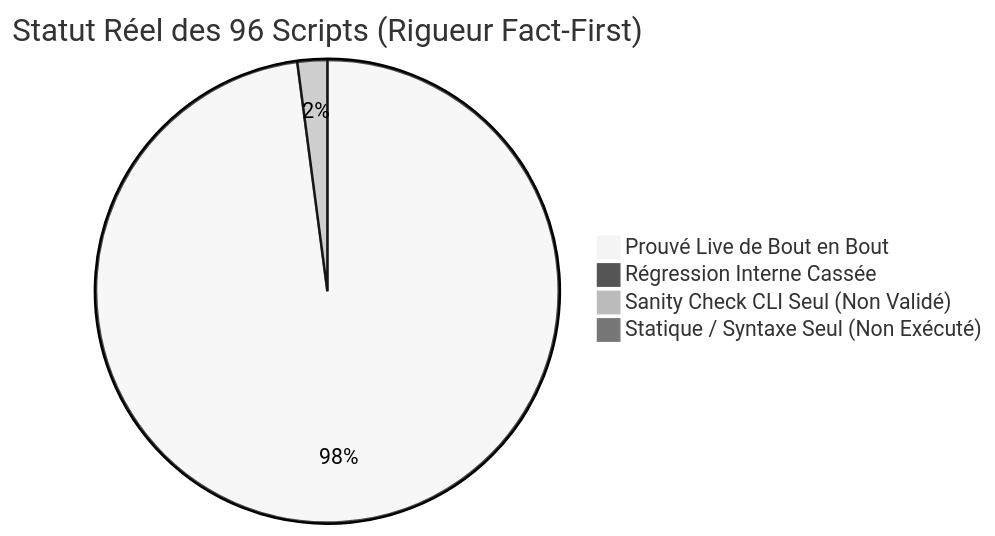
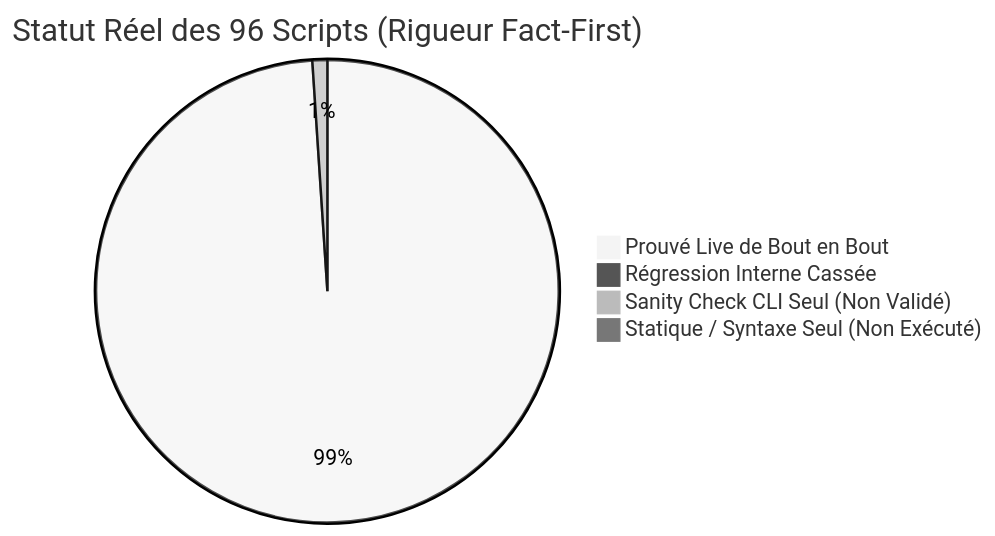
The diagram in docs/reference/2026-11-10-audit-exhaustif-scripts-regressions.md (yoyonel/pydbsrt), drawn with Mermaid (neutral theme) before and after one commit. The commit also changed other lines of this file and 2 other files, not shown here.

Commit message:
fix(ingestion): dynamic root, generic user resolution and check mode in scan freebox targets (#69)

````diff
--- a/docs/reference/2026-11-10-audit-exhaustif-scripts-regressions.md
+++ b/docs/reference/2026-11-10-audit-exhaustif-scripts-regressions.md
@@ -16,7 +16,7 @@
 ```mermaid
 pie title Statut Réel des 96 Scripts (Rigueur Fact-First)
-    "Prouvé Live de Bout en Bout" : 94
+    "Prouvé Live de Bout en Bout" : 95
     "Régression Interne Cassée" : 0
-    "Sanity Check CLI Seul (Non Validé)" : 2
+    "Sanity Check CLI Seul (Non Validé)" : 1
     "Statique / Syntaxe Seul (Non Exécuté)" : 0
 ```
````
